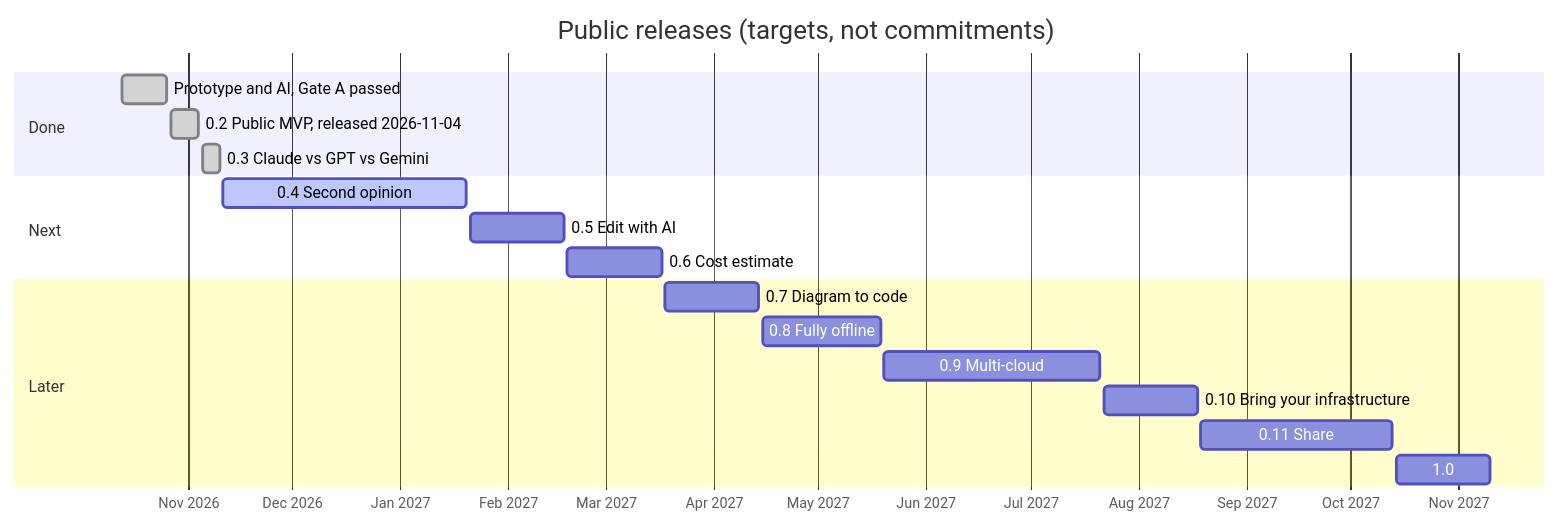
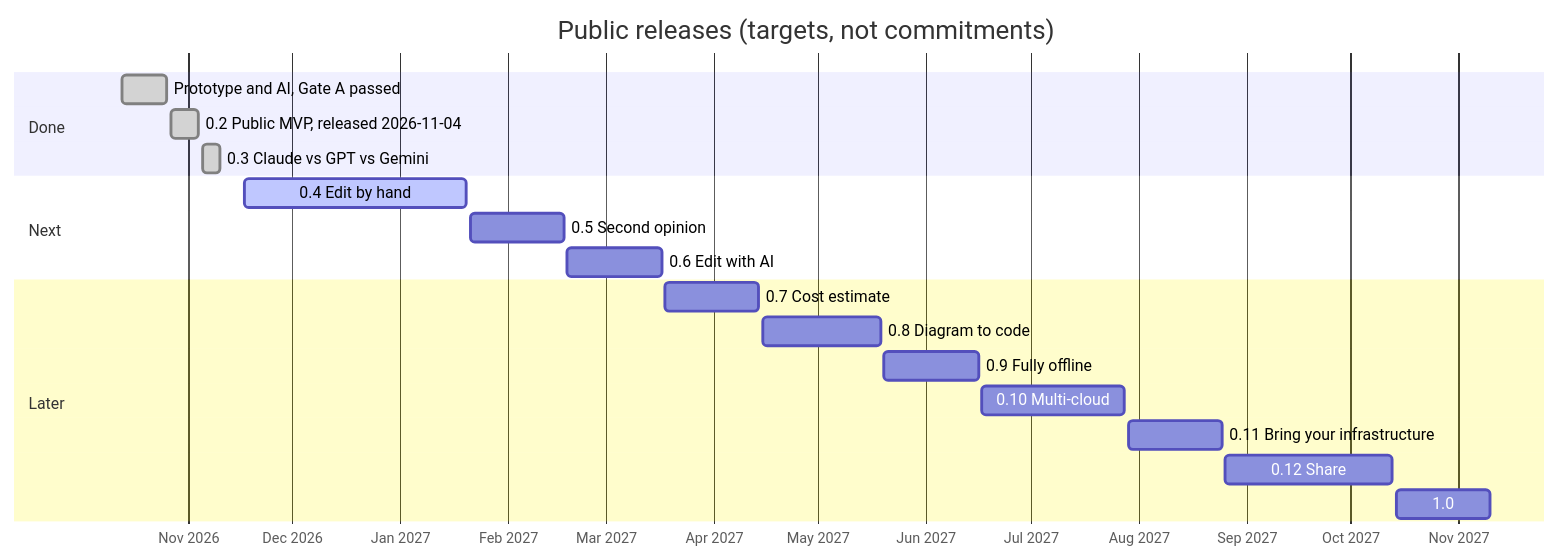
The diagram in docs/product/roadmap.md (aliaksandr-liapin/cloudarchitect-lite), drawn with Mermaid before and after one commit. The commit also changed other lines of this file, not shown here.

First line of the commit message:
docs(roadmap): Edit by hand becomes 0.4 (#54)

````diff
--- a/docs/product/roadmap.md
+++ b/docs/product/roadmap.md
@@ -22,22 +22,23 @@
 ```mermaid
 gantt
     title Public releases (targets, not commitments)
     dateFormat YYYY-MM-DD
     axisFormat %b %Y
     tickInterval 1month
     section Done
     Prototype and AI, Gate A passed      :done,   p02, 2026-10-13, 2026-10-26
     0.2 Public MVP, released 2026-11-04  :done,   r02, 2026-10-27, 2026-11-04
     0.3 Claude vs GPT vs Gemini          :done,   r03, 2026-11-05, 2026-11-10
     section Next
-    0.4 Second opinion                   :active, r04, 2026-11-11, 2027-01-20
-    0.5 Edit with AI                     :        r05, 2027-01-21, 2027-02-17
-    0.6 Cost estimate                    :        r06, 2027-02-18, 2027-03-17
+    0.4 Edit by hand                     :active, r04, 2026-11-17, 2027-01-20
+    0.5 Second opinion                   :        r05, 2027-01-21, 2027-02-17
+    0.6 Edit with AI                     :        r06, 2027-02-18, 2027-03-17
     section Later
-    0.7 Diagram to code                  :        r07, 2027-03-18, 2027-04-14
-    0.8 Fully offline                    :        r08, 2027-04-15, 2027-05-19
-    0.9 Multi-cloud                      :        r09, 2027-05-20, 2027-07-21
-    0.10 Bring your infrastructure       :        r10, 2027-07-22, 2027-08-18
-    0.11 Share                           :        r11, 2027-08-19, 2027-10-13
+    0.7 Cost estimate                    :        r07, 2027-03-18, 2027-04-14
+    0.8 Diagram to code                  :        r08, 2027-04-15, 2027-05-19
+    0.9 Fully offline                    :        r09, 2027-05-20, 2027-06-16
+    0.10 Multi-cloud                     :        r10, 2027-06-17, 2027-07-28
+    0.11 Bring your infrastructure       :        r11, 2027-07-29, 2027-08-25
+    0.12 Share                           :        r12, 2027-08-26, 2027-10-13
     1.0                                  :        r1,  2027-10-14, 2027-11-10
 ```
````
